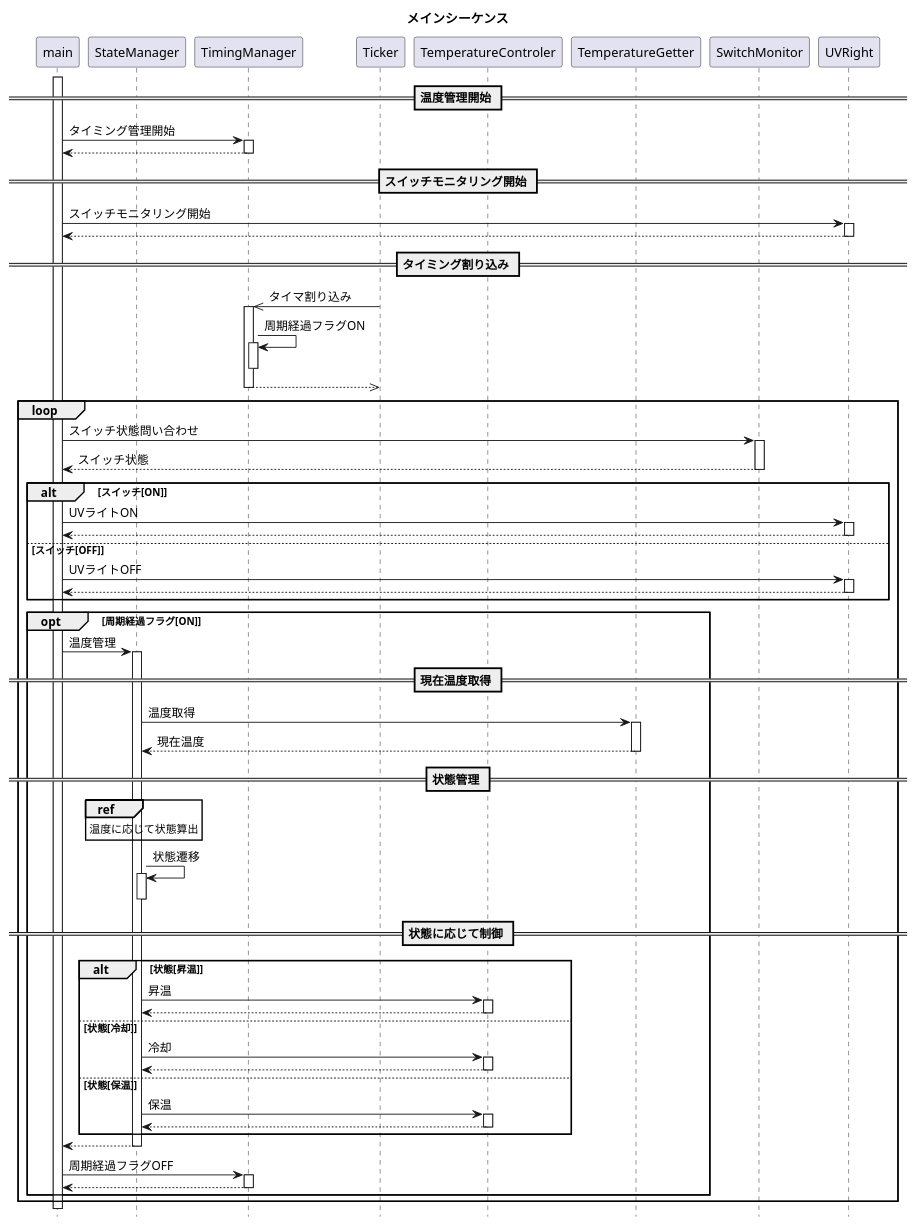
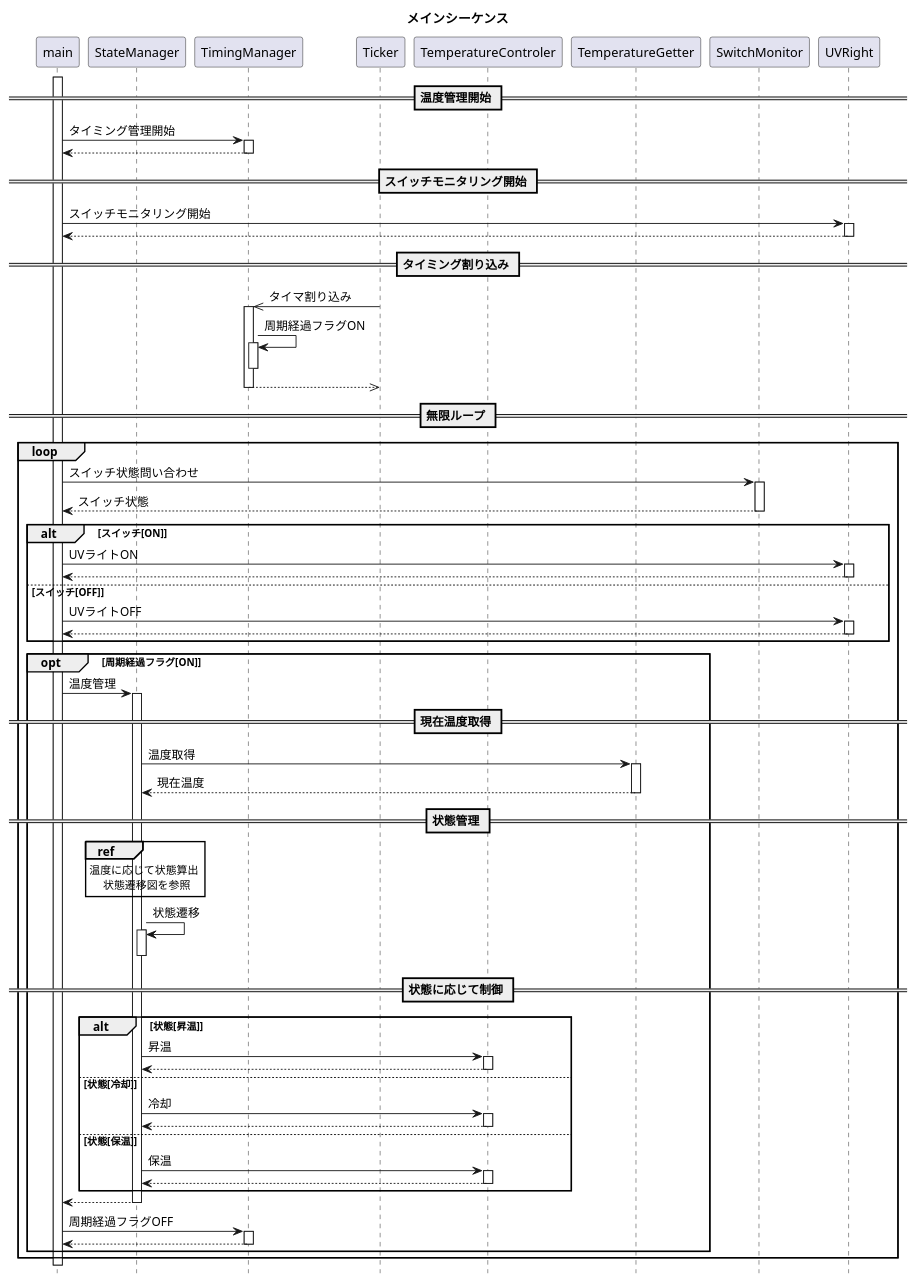
One commit to goheisystem/softwareDocuments changed the diagram in UML/sequence/mainsequence.plantuml. Above: the diagram before and after it, drawn with PlantUML.

Commit message:
コメント追記

```diff
--- a/UML/sequence/mainsequence.plantuml
+++ b/UML/sequence/mainsequence.plantuml
@@ -1,104 +1,106 @@
 @startuml
 
 hide footbox
 
 title メインシーケンス
 
 
 participant "main" as FuncMain
 participant "StateManager" as ClassStateManager
 participant "TimingManager" as ClassTimingManager
 participant "Ticker" as ClassTicker
 participant "TemperatureControler" as ClassTemperatureControler
 participant "TemperatureGetter" as ClassTemperatureGetter
 participant "SwitchMonitor" as ClassSwitchMonitor
 participant "UVRight" as ClassUVRight
 
 activate FuncMain
 
 == 温度管理開始 ==
 
 FuncMain -> ClassTimingManager : タイミング管理開始
   activate ClassTimingManager
 FuncMain <-- ClassTimingManager
   deactivate ClassTimingManager
 
 == スイッチモニタリング開始 ==
 FuncMain -> ClassUVRight : スイッチモニタリング開始
   activate ClassUVRight
 FuncMain <-- ClassUVRight
   deactivate ClassUVRight
 
 == タイミング割り込み ==
 ClassTimingManager <<- ClassTicker : タイマ割り込み
   activate ClassTimingManager
 ClassTimingManager -> ClassTimingManager : 周期経過フラグON
   activate ClassTimingManager
   deactivate ClassTimingManager
 ClassTimingManager -->> ClassTicker
   deactivate ClassTimingManager
 
+== 無限ループ ==
+
 loop
   FuncMain -> ClassSwitchMonitor : スイッチ状態問い合わせ
     activate ClassSwitchMonitor
   FuncMain <-- ClassSwitchMonitor : スイッチ状態
     deactivate ClassSwitchMonitor
 
   alt スイッチ[ON]
     FuncMain -> ClassUVRight : UVライトON
       activate ClassUVRight
     FuncMain <-- ClassUVRight
       deactivate ClassUVRight
   else スイッチ[OFF]
     FuncMain -> ClassUVRight : UVライトOFF
       activate ClassUVRight
     FuncMain <-- ClassUVRight
       deactivate ClassUVRight
   end
 
 
   opt 周期経過フラグ[ON]
   FuncMain -> ClassStateManager : 温度管理
     activate ClassStateManager
     == 現在温度取得 ==
     ClassStateManager -> ClassTemperatureGetter : 温度取得
       activate ClassTemperatureGetter
     ClassStateManager <-- ClassTemperatureGetter : 現在温度
       deactivate ClassTemperatureGetter
 
     == 状態管理 ==
-    ref over ClassStateManager : 温度に応じて状態算出
+    ref over ClassStateManager : 温度に応じて状態算出 \n 状態遷移図を参照
 
     ClassStateManager -> ClassStateManager : 状態遷移
       activate ClassStateManager
       deactivate ClassStateManager
 
     == 状態に応じて制御 ==
     alt 状態[昇温]
       ClassStateManager -> ClassTemperatureControler : 昇温
         activate ClassTemperatureControler
       ClassStateManager <-- ClassTemperatureControler
         deactivate ClassTemperatureControler
     else 状態[冷却]
       ClassStateManager -> ClassTemperatureControler : 冷却
         activate ClassTemperatureControler
       ClassStateManager <-- ClassTemperatureControler
         deactivate ClassTemperatureControler
     else 状態[保温]
       ClassStateManager -> ClassTemperatureControler : 保温
         activate ClassTemperatureControler
       ClassStateManager <-- ClassTemperatureControler
         deactivate ClassTemperatureControler
     end
 
 
     FuncMain <-- ClassStateManager
       deactivate ClassStateManager
 
     FuncMain -> ClassTimingManager :  周期経過フラグOFF
       activate ClassTimingManager
     FuncMain <-- ClassTimingManager
       deactivate ClassTimingManager
   end
 end
 @enduml
```
